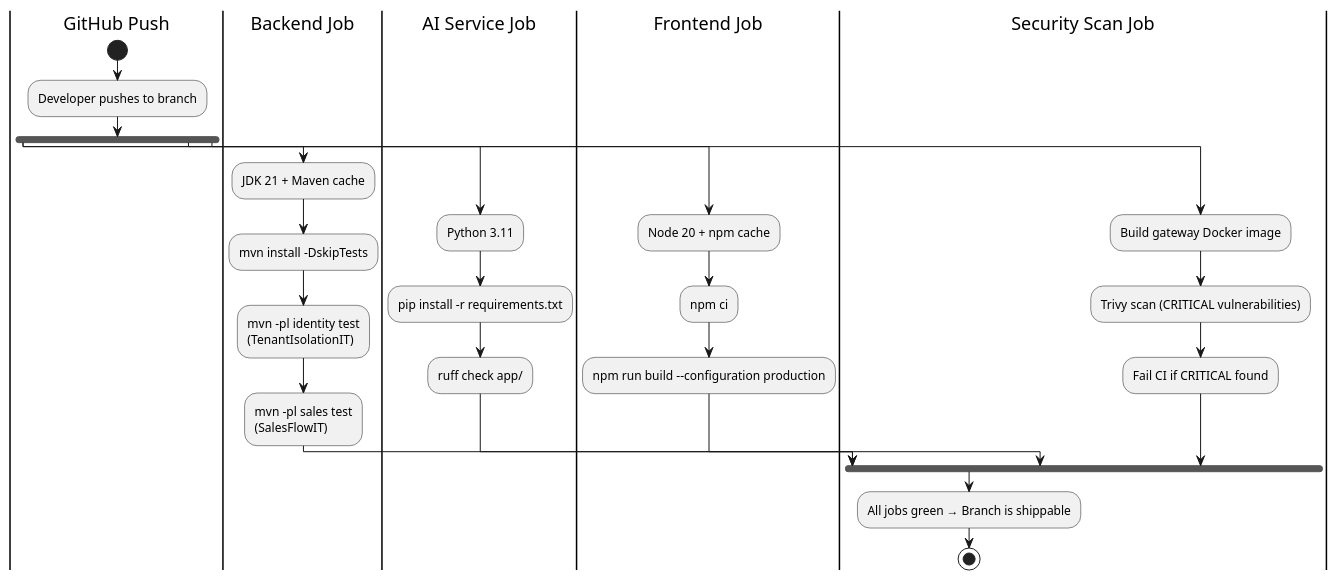
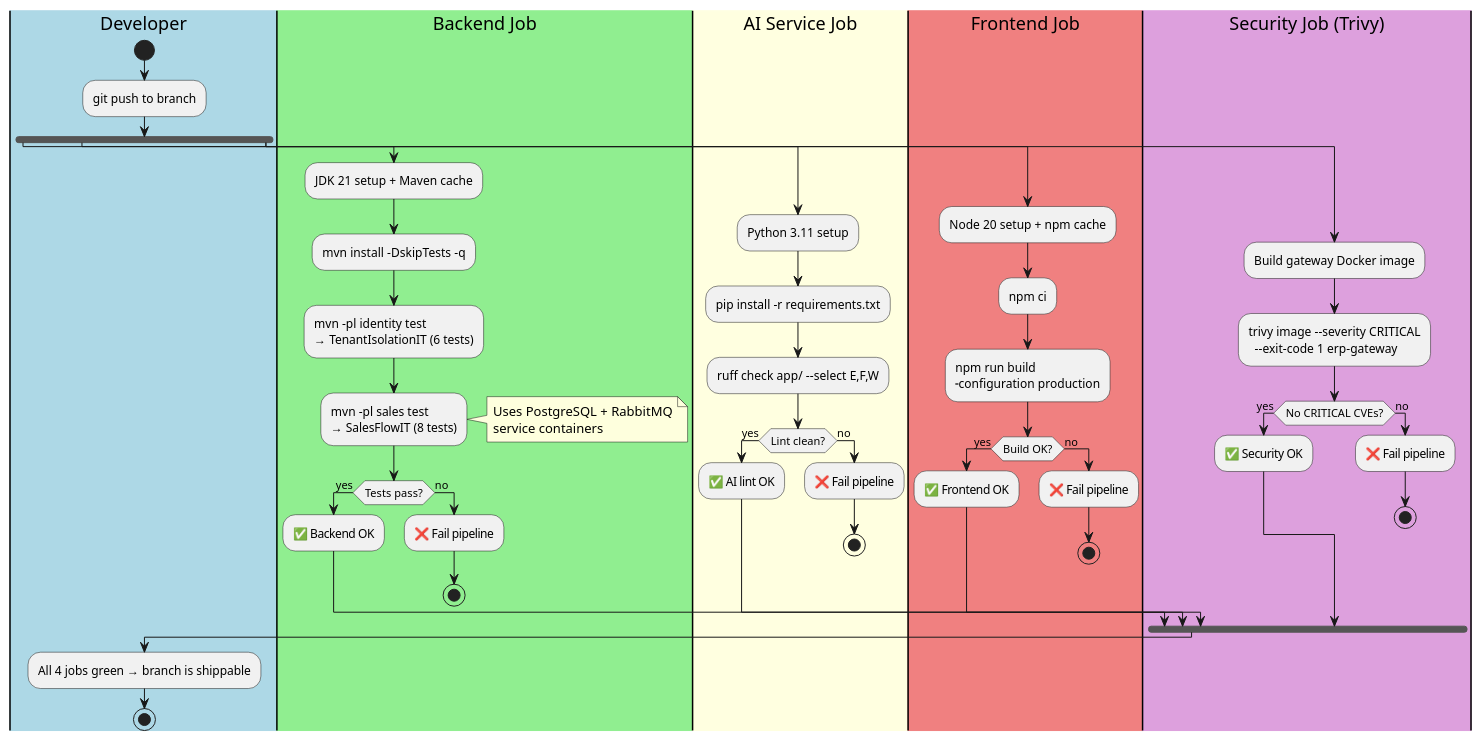
One commit to MohamedTrikii/PFA_CRM_ERP_Platform changed diagram 18 of 19 in docs/PFA_REPORT.md. Above: the diagram before and after it, drawn with PlantUML. The commit also changed other lines of this file and 150 other files, not shown here.

````diff
--- a/docs/PFA_REPORT.md
+++ b/docs/PFA_REPORT.md
@@ -1630,33 +1977,65 @@
 ```plantuml
-@startuml CICD
-|GitHub Push|
+@startuml CICD_Pipeline
+skinparam actorStyle awesome
+
+|#LightBlue|Developer|
 start
-:Developer pushes to branch;
+:git push to branch;
 
 fork
-  |Backend Job|
-  :JDK 21 + Maven cache;
-  :mvn install -DskipTests;
-  :mvn -pl identity test\n(TenantIsolationIT);
-  :mvn -pl sales test\n(SalesFlowIT);
+  |#LightGreen|Backend Job|
+  :JDK 21 setup + Maven cache;
+  :mvn install -DskipTests -q;
+  :mvn -pl identity test\n→ TenantIsolationIT (6 tests);
+  :mvn -pl sales test\n→ SalesFlowIT (8 tests);
+  note right: Uses PostgreSQL + RabbitMQ\nservice containers
+  if (Tests pass?) then (yes)
+    :✅ Backend OK;
+  else (no)
+    :❌ Fail pipeline;
+    stop
+  end if
+
 fork again
-  |AI Service Job|
-  :Python 3.11;
+  |#LightYellow|AI Service Job|
+  :Python 3.11 setup;
   :pip install -r requirements.txt;
-  :ruff check app/;
+  :ruff check app/ --select E,F,W;
+  if (Lint clean?) then (yes)
+    :✅ AI lint OK;
+  else (no)
+    :❌ Fail pipeline;
+    stop
+  end if
+
 fork again
-  |Frontend Job|
-  :Node 20 + npm cache;
+  |#LightCoral|Frontend Job|
+  :Node 20 setup + npm cache;
   :npm ci;
-  :npm run build --configuration production;
+  :npm run build\n-- --configuration production;
+  if (Build OK?) then (yes)
+    :✅ Frontend OK;
+  else (no)
+    :❌ Fail pipeline;
+    stop
+  end if
+
 fork again
-  |Security Scan Job|
+  |#Plum|Security Job (Trivy)|
   :Build gateway Docker image;
-  :Trivy scan (CRITICAL vulnerabilities);
-  :Fail CI if CRITICAL found;
+  :trivy image --severity CRITICAL\n  --exit-code 1 erp-gateway;
+  if (No CRITICAL CVEs?) then (yes)
+    :✅ Security OK;
+  else (no)
+    :❌ Fail pipeline;
+    stop
+  end if
+
 end fork
 
-:All jobs green → Branch is shippable;
+|Developer|
+:All 4 jobs green → branch is shippable;
 stop
+
 @enduml
 ```
````
